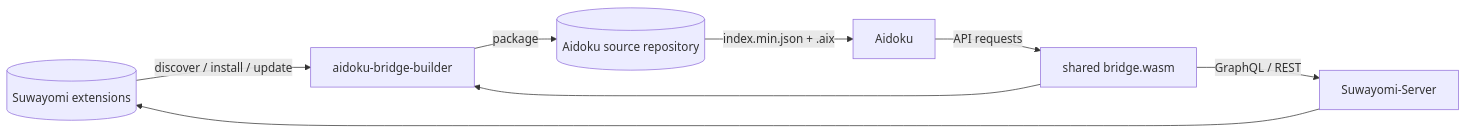
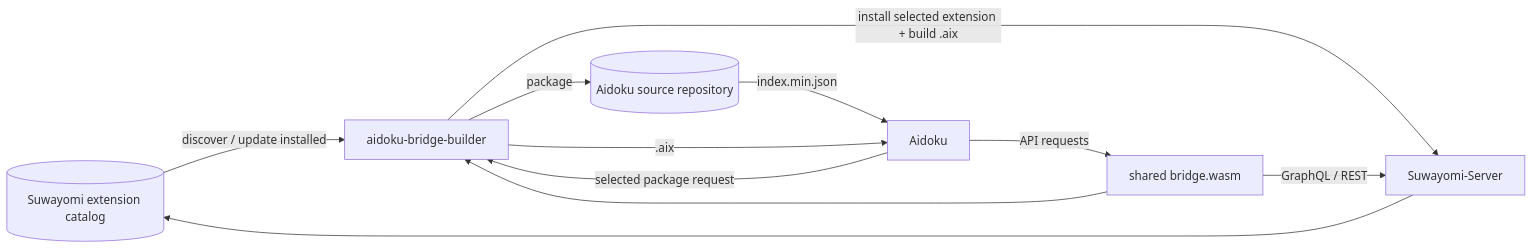
Before and after one commit to TaisenDev/aidoku-bridge-builder: the first of 2 diagrams in README.md, drawn with Mermaid. The commit also changed other lines of this file and 19 other files, not shown here.

Commit message:
Add deployment-configured Aidoku bridge gateway

````diff
--- a/README.md
+++ b/README.md
@@ -33,10 +30,13 @@
 ```mermaid
 flowchart LR
-    E[(Suwayomi extensions)] -->|discover / install / update| B[aidoku-bridge-builder]
+    E[(Suwayomi extension catalog)] -->|discover / update installed| B[aidoku-bridge-builder]
     W[shared bridge.wasm] --> B
     B -->|package| R[(Aidoku source repository)]
-    R -->|index.min.json + .aix| A[Aidoku]
+    R -->|index.min.json| A[Aidoku]
+    A -->|selected package request| B
+    B -->|install selected extension + build .aix| S
+    B -->|.aix| A
     A -->|API requests| W
     W -->|GraphQL / REST| S[Suwayomi-Server]
     S --> E
 ```
````
